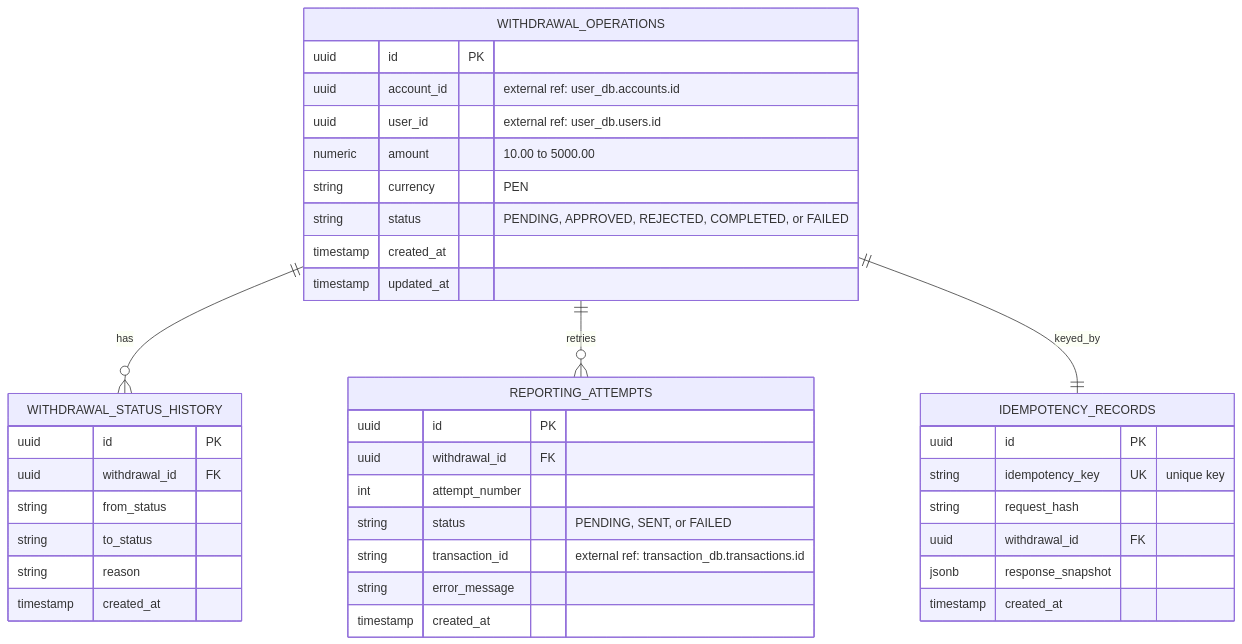
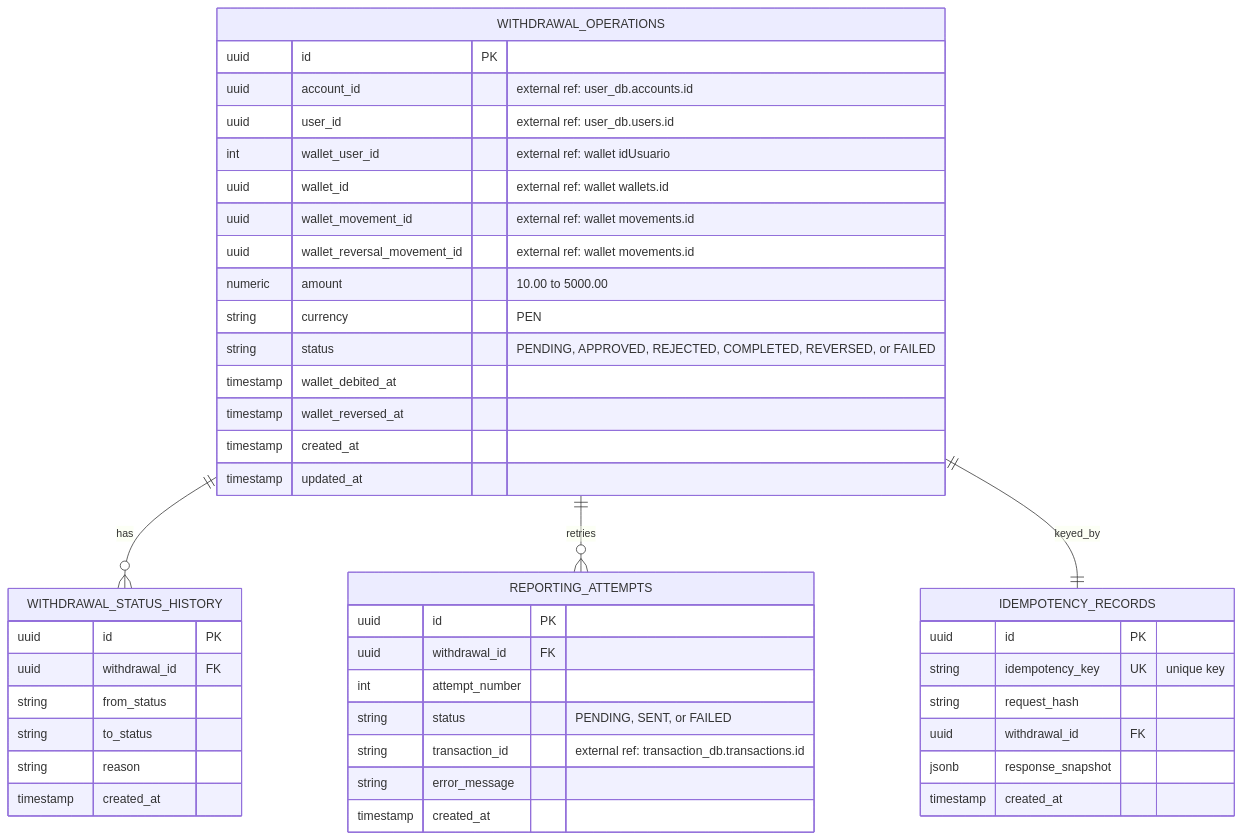
The first of 2 diagrams in openspec/architecture/erd/withdrawal-soles.md (J0sePs/app-microservices-spec), drawn with Mermaid before and after one commit. The commit also changed other lines of this file and 56 other files, not shown here.

First line of the commit message:
feat(withdrawals): integrate PEN wallet debit and reversal

````diff
--- a/openspec/architecture/erd/withdrawal-soles.md
+++ b/openspec/architecture/erd/withdrawal-soles.md
@@ -5,45 +5,51 @@
 ```mermaid
 erDiagram
     WITHDRAWAL_OPERATIONS ||--o{ WITHDRAWAL_STATUS_HISTORY : has
     WITHDRAWAL_OPERATIONS ||--o{ REPORTING_ATTEMPTS : retries
     WITHDRAWAL_OPERATIONS ||--|| IDEMPOTENCY_RECORDS : keyed_by
 
     WITHDRAWAL_OPERATIONS {
         uuid id PK
         uuid account_id "external ref: user_db.accounts.id"
         uuid user_id "external ref: user_db.users.id"
+        int wallet_user_id "external ref: wallet idUsuario"
+        uuid wallet_id "external ref: wallet wallets.id"
+        uuid wallet_movement_id "external ref: wallet movements.id"
+        uuid wallet_reversal_movement_id "external ref: wallet movements.id"
         numeric amount "10.00 to 5000.00"
         string currency "PEN"
-        string status "PENDING, APPROVED, REJECTED, COMPLETED, or FAILED"
+        string status "PENDING, APPROVED, REJECTED, COMPLETED, REVERSED, or FAILED"
+        timestamp wallet_debited_at
+        timestamp wallet_reversed_at
         timestamp created_at
         timestamp updated_at
     }
 
     WITHDRAWAL_STATUS_HISTORY {
         uuid id PK
         uuid withdrawal_id FK
         string from_status
         string to_status
         string reason
         timestamp created_at
     }
 
     IDEMPOTENCY_RECORDS {
         uuid id PK
         string idempotency_key UK "unique key"
         string request_hash
         uuid withdrawal_id FK
         jsonb response_snapshot
         timestamp created_at
     }
 
     REPORTING_ATTEMPTS {
         uuid id PK
         uuid withdrawal_id FK
         int attempt_number
         string status "PENDING, SENT, or FAILED"
         string transaction_id "external ref: transaction_db.transactions.id"
         string error_message
         timestamp created_at
     }
 ```
````
